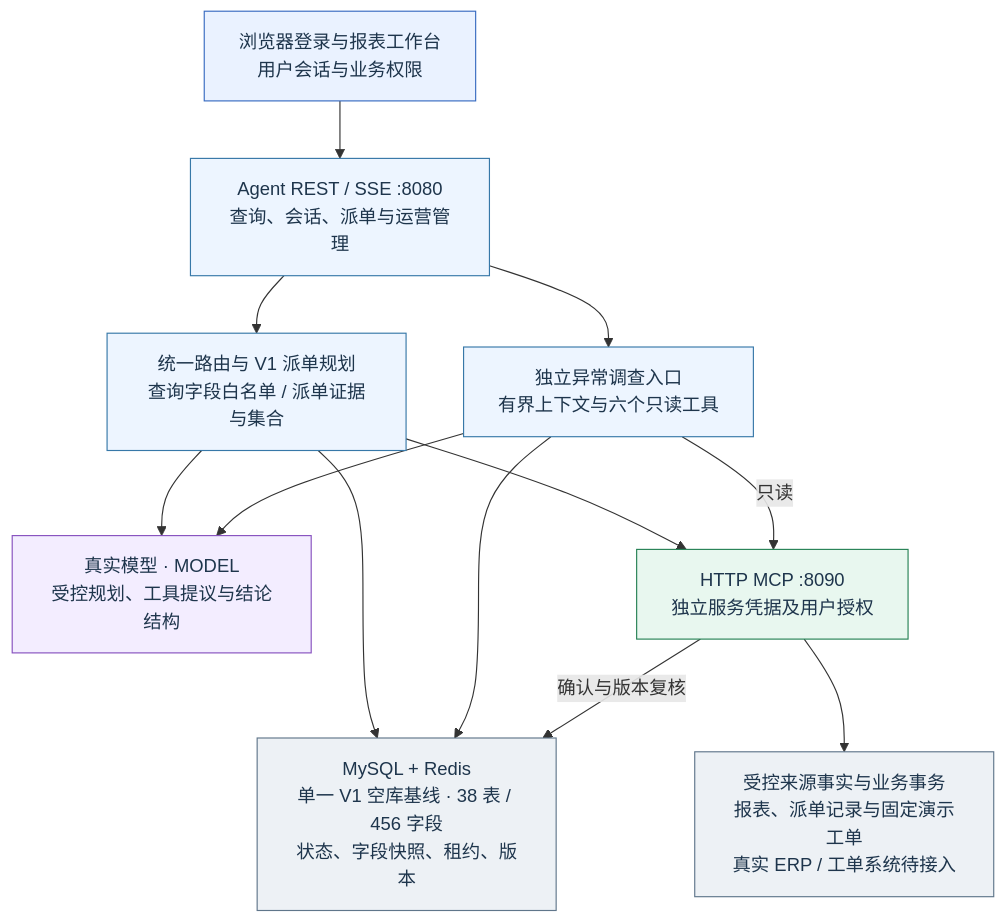
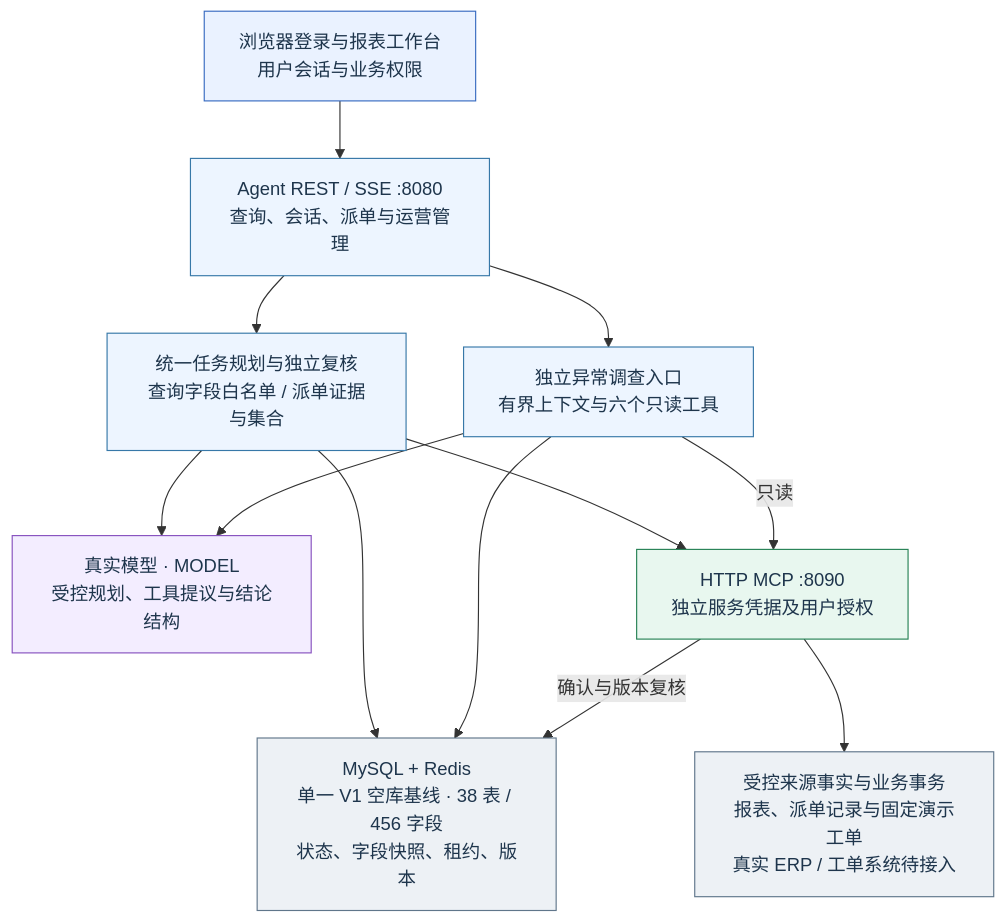
One commit to QSZJAVA/agent_demo changed the diagram in docs/diagrams/demo-final/01.mmd. Above: the diagram before and after it, drawn with Mermaid. The commit also changed 333 other files, not shown here.

```diff
--- a/docs/diagrams/demo-final/01.mmd
+++ b/docs/diagrams/demo-final/01.mmd
@@ -1,27 +1,27 @@
 flowchart TD
   ui["浏览器登录与报表工作台<br/>用户会话与业务权限"]:::ui
   api["Agent REST / SSE :8080<br/>查询、会话、派单与运营管理"]:::agent
   model["真实模型 · MODEL<br/>受控规划、工具提议与结论结构"]:::model
-  semantic["统一路由与 V1 派单规划<br/>查询字段白名单 / 派单证据与集合"]:::agent
+  semantic["统一任务规划与独立复核<br/>查询字段白名单 / 派单证据与集合"]:::agent
   investigate["独立异常调查入口<br/>有界上下文与六个只读工具"]:::agent
   state["MySQL + Redis<br/>单一 V1 空库基线 · 38 表 / 456 字段<br/>状态、字段快照、租约、版本"]:::store
   mcp["HTTP MCP :8090<br/>独立服务凭据及用户授权"]:::business
   source["受控来源事实与业务事务<br/>报表、派单记录与固定演示工单<br/>真实 ERP / 工单系统待接入"]:::store
   ui --> api
   api --> semantic
   api --> investigate
   semantic --> model
   investigate --> model
   semantic --> state
   investigate --> state
   semantic --> mcp
   investigate -->|"只读"| mcp
   mcp --> source
   mcp -->|"确认与版本复核"| state
   classDef ui fill:#eaf2ff,stroke:#386bc1,color:#1e354c
   classDef agent fill:#edf5ff,stroke:#3778a8,color:#1e354c
   classDef model fill:#f3edff,stroke:#8751bf,color:#1e354c
   classDef business fill:#e8f7ef,stroke:#268255,color:#1e354c
   classDef guard fill:#fff4dc,stroke:#b58022,color:#1e354c
   classDef error fill:#fff0ef,stroke:#ba534e,color:#1e354c
   classDef store fill:#edf1f5,stroke:#60768b,color:#1e354c
```
